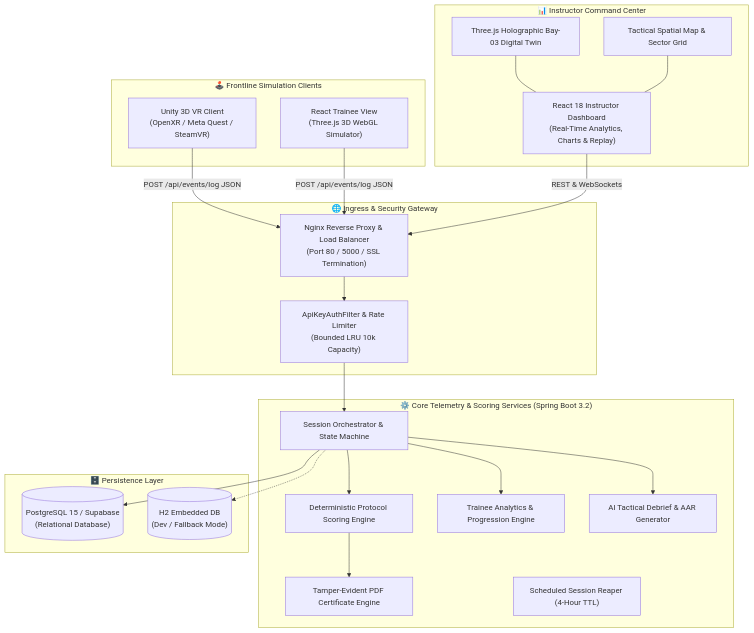
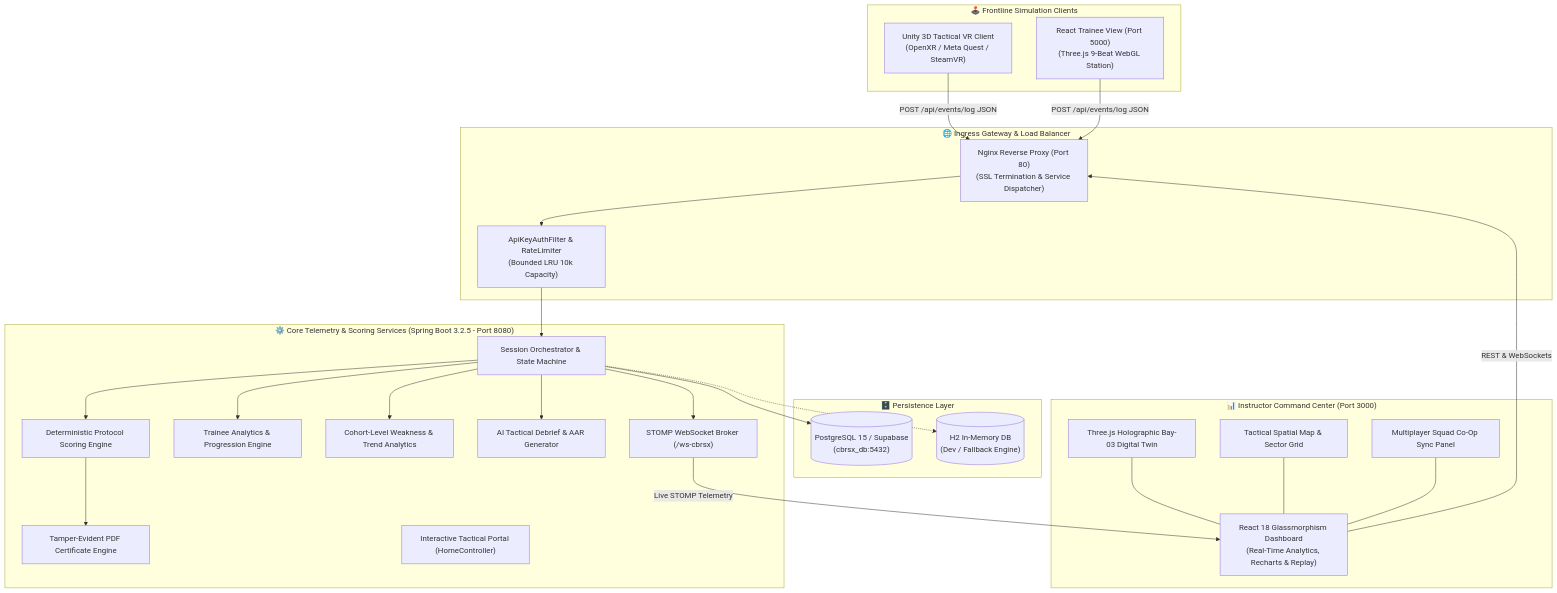
One commit to Lohith-RC/CBRN-X changed the second of 7 diagrams in README.md. Above: the diagram before and after it, drawn with Mermaid. The commit also changed other lines of this file and 16 other files, not shown here.

Commit message:
establish system-wide data flow architecture and standardize JSON schemas for telemetry and mission evaluation contracts.

````diff
--- a/README.md
+++ b/README.md
@@ -98,46 +107,53 @@
 ```mermaid
 flowchart TD
-    subgraph Simulation_Clients ["🕹️ Frontline Simulation Clients"]
-        VR["Unity 3D VR Client<br/>(OpenXR / Meta Quest / SteamVR)"]
-        Web3D["React Trainee View<br/>(Three.js 3D WebGL Simulator)"]
+    subgraph Clients ["🕹️ Frontline Simulation Clients"]
+        VR["Unity 3D Tactical VR Client<br/>(OpenXR / Meta Quest / SteamVR)"]
+        Web3D["React Trainee View (Port 5000)<br/>(Three.js 9-Beat WebGL Station)"]
     end
 
-    subgraph Gateway ["🌐 Ingress & Security Gateway"]
-        Nginx["Nginx Reverse Proxy & Load Balancer<br/>(Port 80 / 5000 / SSL Termination)"]
-        SecurityFilter["ApiKeyAuthFilter & Rate Limiter<br/>(Bounded LRU 10k Capacity)"]
+    subgraph Ingress ["🌐 Ingress Gateway & Load Balancer"]
+        Nginx["Nginx Reverse Proxy (Port 80)<br/>(SSL Termination & Service Dispatcher)"]
+        SecurityFilter["ApiKeyAuthFilter & RateLimiter<br/>(Bounded LRU 10k Capacity)"]
     end
 
-    subgraph Backend_Engine ["⚙️ Core Telemetry & Scoring Services (Spring Boot 3.2)"]
+    subgraph Backend ["⚙️ Core Telemetry & Scoring Services (Spring Boot 3.2.5 - Port 8080)"]
         SessionService["Session Orchestrator & State Machine"]
         ScoringService["Deterministic Protocol Scoring Engine"]
         AnalyticsService["Trainee Analytics & Progression Engine"]
+        CohortService["Cohort-Level Weakness & Trend Analytics"]
         CertService["Tamper-Evident PDF Certificate Engine"]
         DebriefService["AI Tactical Debrief & AAR Generator"]
-        ReaperService["Scheduled Session Reaper (4-Hour TTL)"]
+        WSBroker["STOMP WebSocket Broker (/ws-cbrsx)"]
+        DevPortal["Interactive Tactical Portal (HomeController)"]
     end
 
-    subgraph Persistence ["🗄️ Persistence Layer"]
-        DB[("PostgreSQL 15 / Supabase<br/>(Relational Database)")]
-        H2[("H2 Embedded DB<br/>(Dev / Fallback Mode)")]
+    subgraph Storage ["🗄️ Persistence Layer"]
+        DB[("PostgreSQL 15 / Supabase<br/>(cbrsx_db:5432)")]
+        H2[("H2 In-Memory DB<br/>(Dev / Fallback Engine)")]
     end
 
-    subgraph Command_Center ["📊 Instructor Command Center"]
-        InstructorUI["React 18 Instructor Dashboard<br/>(Real-Time Analytics, Charts & Replay)"]
+    subgraph CommandCenter ["📊 Instructor Command Center (Port 3000)"]
+        InstructorUI["React 18 Glassmorphism Dashboard<br/>(Real-Time Analytics, Recharts & Replay)"]
         ThreeHolo["Three.js Holographic Bay-03 Digital Twin"]
         SpatialRadar["Tactical Spatial Map & Sector Grid"]
+        CoopManager["Multiplayer Squad Co-Op Sync Panel"]
     end
 
     VR -->|POST /api/events/log JSON| Nginx
     Web3D -->|POST /api/events/log JSON| Nginx
     Nginx --> SecurityFilter
     SecurityFilter --> SessionService
     SessionService --> ScoringService
     SessionService --> DB
     SessionService -.-> H2
     ScoringService --> CertService
     SessionService --> AnalyticsService
+    SessionService --> CohortService
     SessionService --> DebriefService
+    SessionService --> WSBroker
+    WSBroker -->|Live STOMP Telemetry| InstructorUI
     InstructorUI -->|REST & WebSockets| Nginx
     ThreeHolo --- InstructorUI
     SpatialRadar --- InstructorUI
+    CoopManager --- InstructorUI
 ```
````
